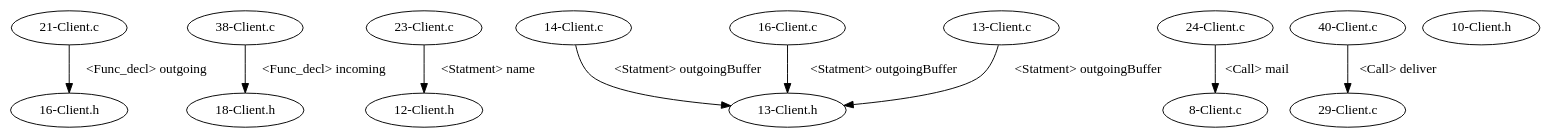
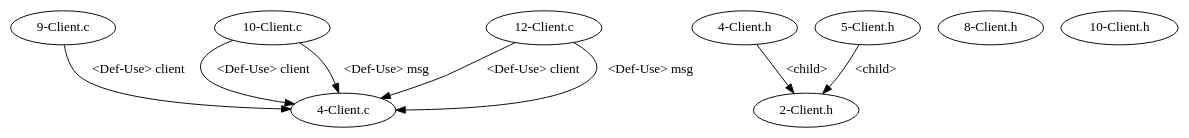
One commit to shuiblue/JDimeForCpp changed the diagram in testcpp/dependencyGraph/EmailSystem/test_10/graph.gv. Above: the diagram before and after it, drawn with Graphviz. The commit also changed 7 other files, not shown here.

```diff
--- a/testcpp/dependencyGraph/EmailSystem/test_10/graph.gv
+++ b/testcpp/dependencyGraph/EmailSystem/test_10/graph.gv
@@ -1,25 +1,18 @@
 digraph {
-1 [label = "16-Client.h"];
-2 [label = "18-Client.h"];
-3 [label = "12-Client.h"];
-4 [label = "13-Client.h"];
-5 [label = "14-Client.c"];
-6 [label = "16-Client.c"];
-7 [label = "23-Client.c"];
-8 [label = "24-Client.c"];
-9 [label = "40-Client.c"];
-10 [label = "8-Client.c"];
-11 [label = "21-Client.c"];
-12 [label = "29-Client.c"];
-13 [label = "38-Client.c"];
-14 [label = "13-Client.c"];
-30 [label = "10-Client.h"];
-11 -> 1[ label="<Func_decl> outgoing" ];
-13 -> 2[ label="<Func_decl> incoming" ];
-7 -> 3[ label="<Statment> name" ];
-14 -> 4[ label="<Statment> outgoingBuffer" ];
-5 -> 4[ label="<Statment> outgoingBuffer" ];
-6 -> 4[ label="<Statment> outgoingBuffer" ];
-8 -> 10[ label="<Call> mail" ];
-9 -> 12[ label="<Call> deliver" ];
+1 [label = "4-Client.c"];
+2 [label = "9-Client.c"];
+2 -> 1[label="<Def-Use> client"];
+3 [label = "10-Client.c"];
+3 -> 1[label="<Def-Use> client"];
+3 -> 1[label="<Def-Use> msg"];
+4 [label = "12-Client.c"];
+4 -> 1[label="<Def-Use> client"];
+4 -> 1[label="<Def-Use> msg"];
+5 [label = "2-Client.h"];
+6 [label = "4-Client.h"];
+7 [label = "5-Client.h"];
+6 -> 5[label="<child>"];
+7 -> 5[label="<child>"];
+8 [label = "8-Client.h"];
+9 [label = "10-Client.h"];
 }
```
